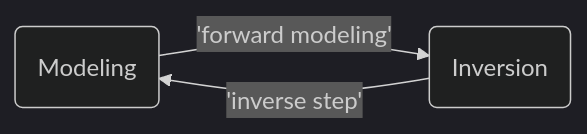
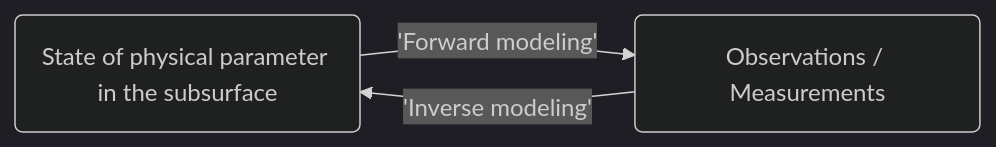
One commit to geophysics-ubonn/crtomo_tools changed the diagram in doc/index.rst. Above: the diagram before and after it, drawn with Mermaid (dark theme). The commit also changed other lines of this file, not shown here.

Commit message:
Changes of the crtomo tools landing page (#9)

```diff
--- a/doc/index.rst
+++ b/doc/index.rst
@@ -86,9 +84,9 @@
 .. mermaid::
 
    flowchart LR
    mod
-   mod("Modeling")
+   mod("State of physical parameter in the subsurface")
    inv
-   inv("Inversion")
-   mod --> |'forward modeling'| inv
-   inv --> |'inverse step'| mod
+   inv("Observations / Measurements")
+   mod --> |'Forward modeling'| inv
+   inv --> |'Inverse modeling'| mod
```
